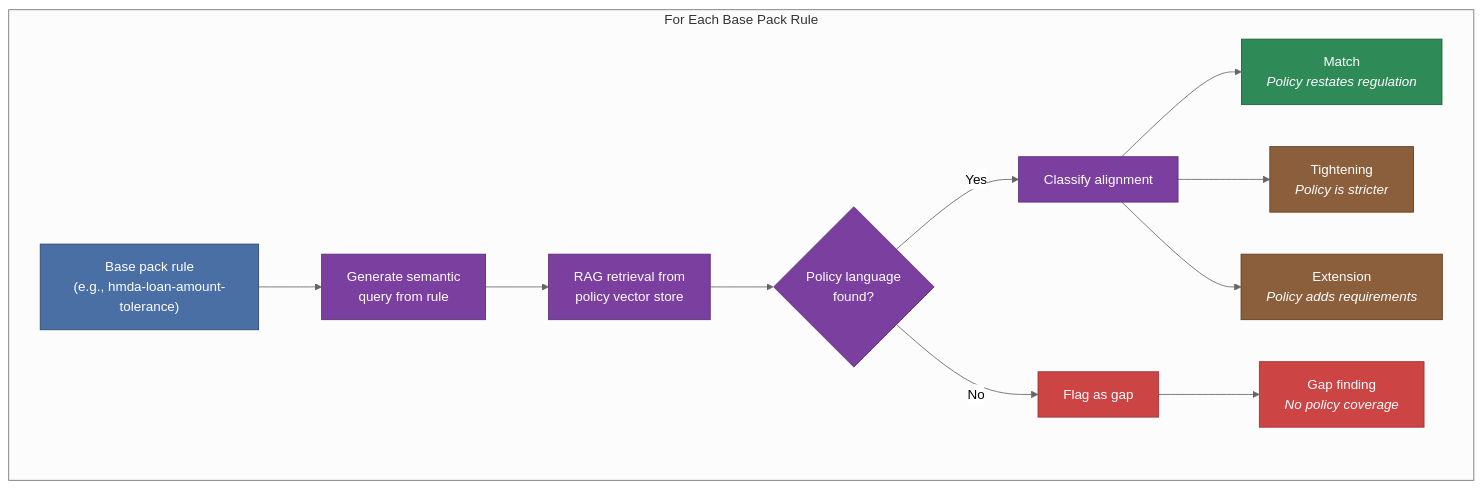
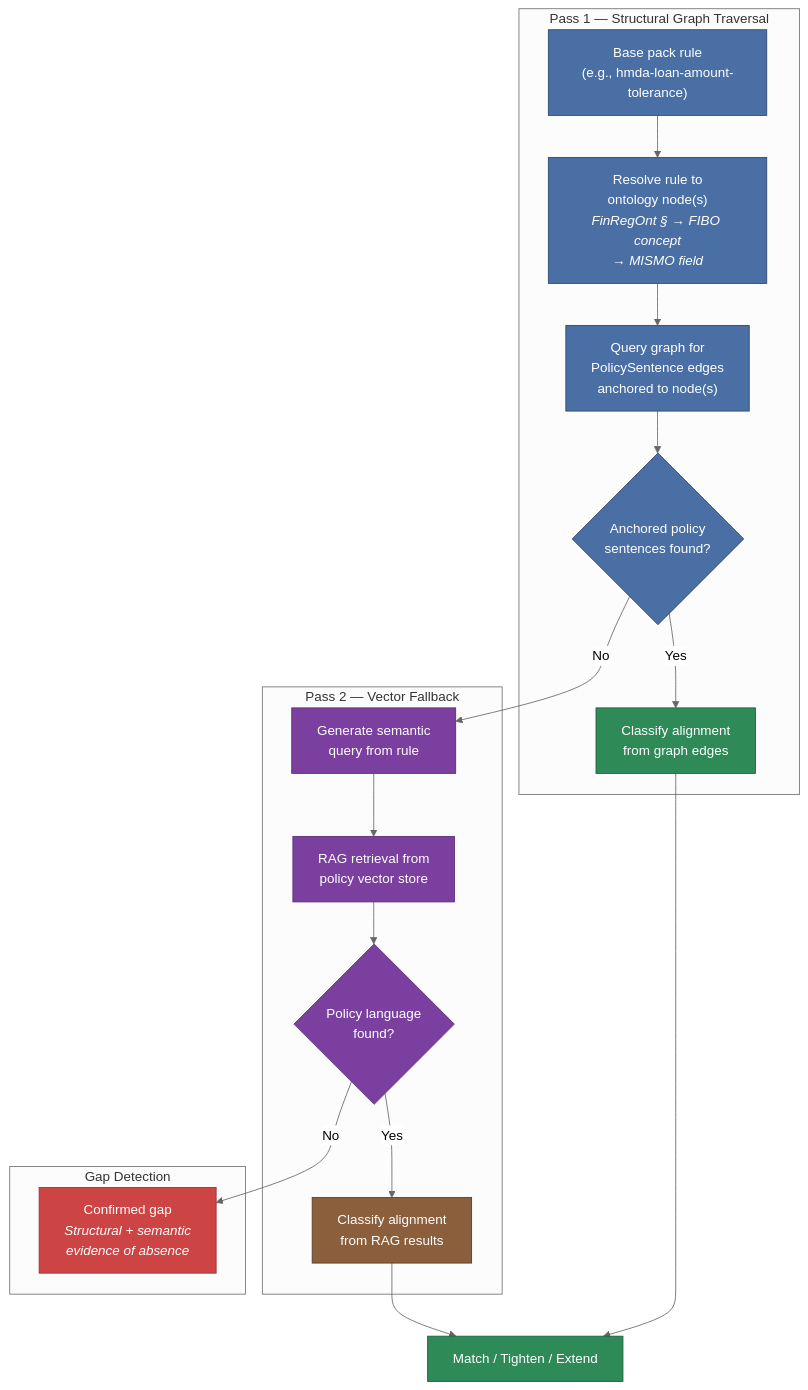
One commit to epieczko-re/audit-iq-docs changed the eighth of 10 diagrams in src/docs/asciidoc/auditiq-product-architecture-delivery-plan/regulatory-compliance-and-policy-management/index.adoc. Above: the diagram before and after it, drawn with Mermaid (neutral theme). The commit also changed other lines of this file and 1 other file, not shown here.

First line of the commit message:
Add sentence transformer embedding architecture to Regulatory Compliance section

```diff
--- a/src/docs/asciidoc/auditiq-product-architecture-delivery-plan/regulatory-compliance-and-policy-management/index.adoc
+++ b/src/docs/asciidoc/auditiq-product-architecture-delivery-plan/regulatory-compliance-and-policy-management/index.adoc
@@ -604,26 +739,36 @@
 [mermaid]
 ----
 graph TD
-  subgraph "For Each Base Pack Rule"
-    A["Base pack rule<br/>(e.g., hmda-loan-amount-tolerance)"] --> B["Generate semantic<br/>query from rule"]
-    B --> C["RAG retrieval from<br/>policy vector store"]
-    C --> D{"Policy language<br/>found?"}
-    D -->|Yes| E["Classify alignment"]
-    D -->|No| F["Flag as gap"]
-    E --> G["Match<br/><i>Policy restates regulation</i>"]
-    E --> H["Tightening<br/><i>Policy is stricter</i>"]
-    E --> I["Extension<br/><i>Policy adds requirements</i>"]
-    F --> J["Gap finding<br/><i>No policy coverage</i>"]
+  subgraph "Pass 1 — Structural Graph Traversal"
+    A["Base pack rule<br/>(e.g., hmda-loan-amount-tolerance)"] --> B["Resolve rule to<br/>ontology node(s)<br/><i>FinRegOnt § → FIBO concept<br/>→ MISMO field</i>"]
+    B --> C["Query graph for<br/>PolicySentence edges<br/>anchored to node(s)"]
+    C --> D{"Anchored policy<br/>sentences found?"}
+    D -->|Yes| E["Classify alignment<br/>from graph edges"]
   end
 
+  subgraph "Pass 2 — Vector Fallback"
+    D -->|No| F["Generate semantic<br/>query from rule"]
+    F --> G["RAG retrieval from<br/>policy vector store"]
+    G --> H{"Policy language<br/>found?"}
+    H -->|Yes| I["Classify alignment<br/>from RAG results"]
+  end
+
+  subgraph "Gap Detection"
+    H -->|No| J["Confirmed gap<br/><i>Structural + semantic<br/>evidence of absence</i>"]
+  end
+
+  E --> K["Match / Tighten / Extend"]
+  I --> K
+
   style A fill:#4A6FA5,color:#fff,stroke:#2B4570
-  style B fill:#7B3FA0,color:#fff,stroke:#5A2D78
-  style C fill:#7B3FA0,color:#fff,stroke:#5A2D78
-  style D fill:#7B3FA0,color:#fff,stroke:#5A2D78
-  style E fill:#7B3FA0,color:#fff,stroke:#5A2D78
-  style F fill:#CC4444,color:#fff,stroke:#993333
-  style G fill:#2E8B57,color:#fff,stroke:#1B5E3B
-  style H fill:#8B5E3C,color:#fff,stroke:#5C3A1E
+  style B fill:#4A6FA5,color:#fff,stroke:#2B4570
+  style C fill:#4A6FA5,color:#fff,stroke:#2B4570
+  style D fill:#4A6FA5,color:#fff,stroke:#2B4570
+  style E fill:#2E8B57,color:#fff,stroke:#1B5E3B
+  style F fill:#7B3FA0,color:#fff,stroke:#5A2D78
+  style G fill:#7B3FA0,color:#fff,stroke:#5A2D78
+  style H fill:#7B3FA0,color:#fff,stroke:#5A2D78
   style I fill:#8B5E3C,color:#fff,stroke:#5C3A1E
   style J fill:#CC4444,color:#fff,stroke:#993333
+  style K fill:#2E8B57,color:#fff,stroke:#1B5E3B
 ----
```
